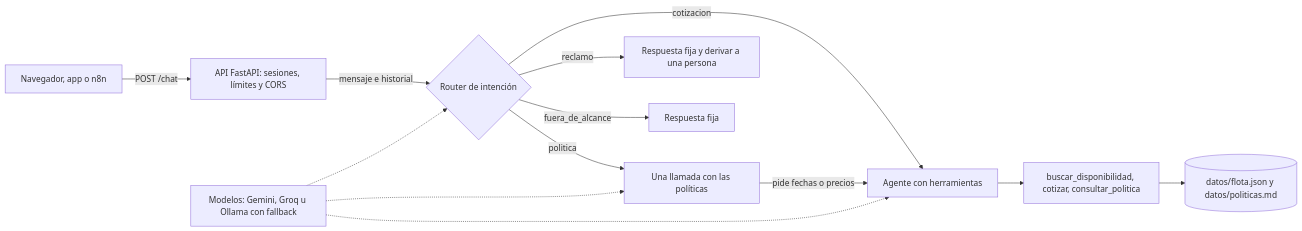
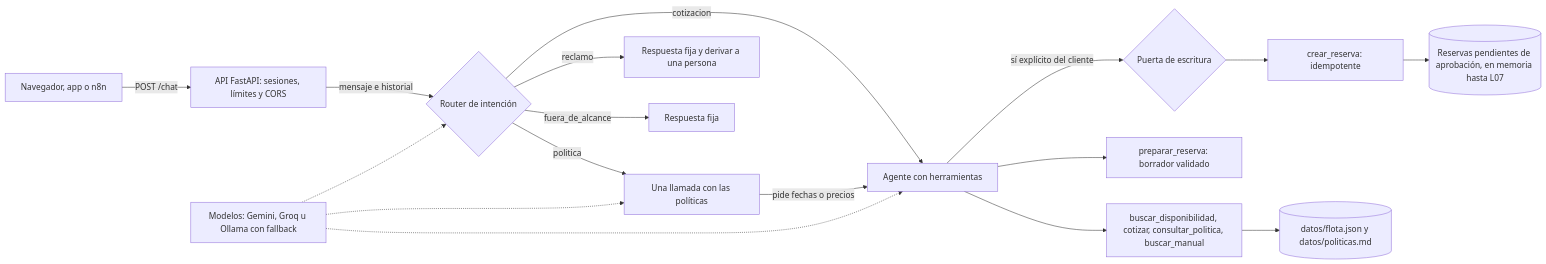
The diagram in README.md (JaimeLopezGarrido/asistente-flota-mcp), drawn with Mermaid before and after one commit. The commit also changed other lines of this file and 4 other files, not shown here.

````diff
--- a/README.md
+++ b/README.md
@@ -31,15 +33,19 @@
 ```mermaid
 flowchart LR
   W[Navegador, app o n8n] -->|POST /chat| API[API FastAPI: sesiones, límites y CORS]
   API -->|mensaje e historial| R{Router de intención}
   R -->|politica| P[Una llamada con las políticas]
   R -->|cotizacion| A[Agente con herramientas]
   R -->|reclamo| H[Respuesta fija y derivar a una persona]
   R -->|fuera_de_alcance| F[Respuesta fija]
   P -->|pide fechas o precios| A
-  A --> T[buscar_disponibilidad, cotizar, consultar_politica]
+  A --> T[buscar_disponibilidad, cotizar, consultar_politica, buscar_manual]
+  A --> PR[preparar_reserva: borrador validado]
+  A -->|sí explícito del cliente| G{Puerta de escritura}
+  G --> CR[crear_reserva: idempotente]
+  CR --> RR[(Reservas pendientes de aprobación, en memoria hasta L07)]
   T --> D[(datos/flota.json y datos/politicas.md)]
   M[Modelos: Gemini, Groq u Ollama con fallback] -.-> R
   M -.-> P
   M -.-> A
 ```
````
